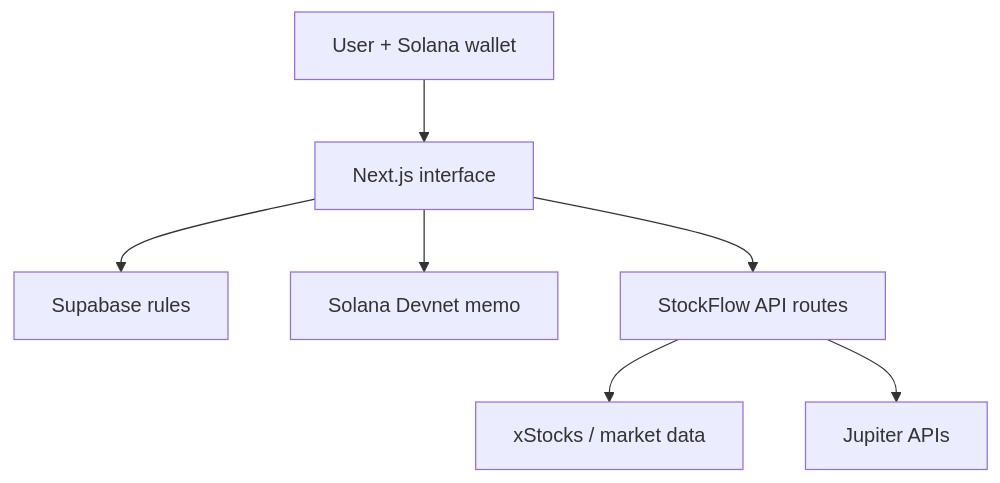
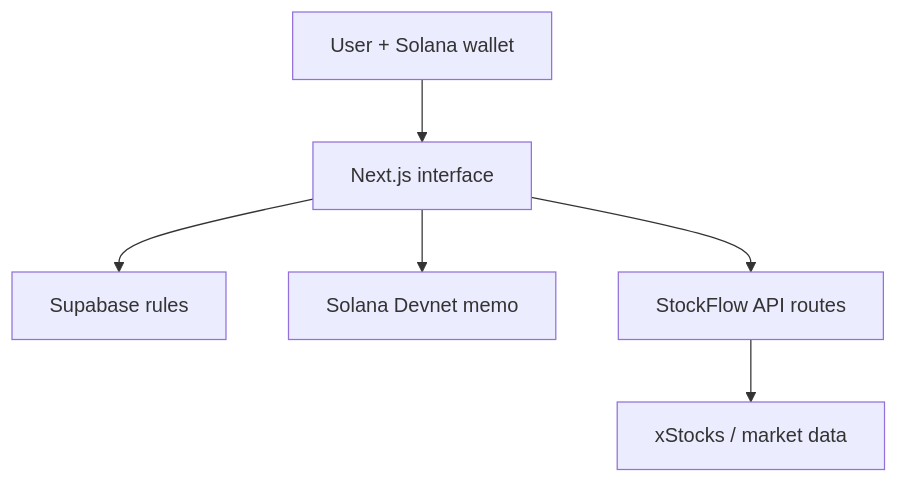
The diagram in README.md (donatofaith/stockflow), drawn with Mermaid before and after one commit. The commit also changed other lines of this file and 1 other file, not shown here.

````diff
--- a/README.md
+++ b/README.md
@@ -84,9 +83,8 @@
 ```mermaid
 flowchart TD
     U["User + Solana wallet"] --> W["Next.js interface"]
     W --> S["Supabase rules"]
     W --> D["Solana Devnet memo"]
     W --> P["StockFlow API routes"]
     P --> X["xStocks / market data"]
-    P --> J["Jupiter APIs"]
 ```
````
